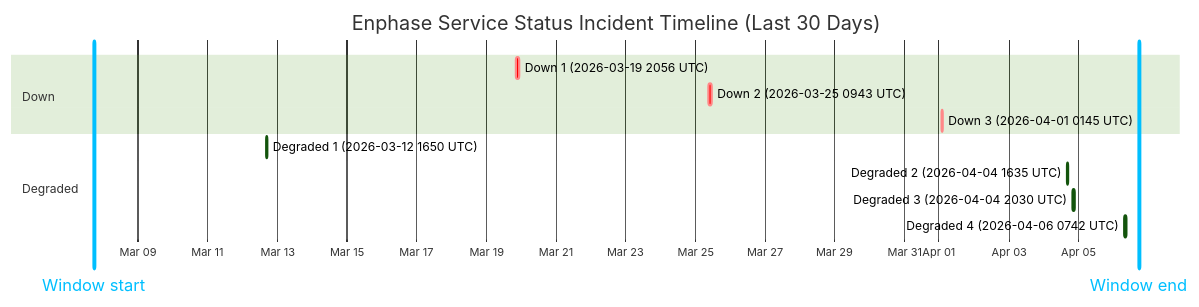
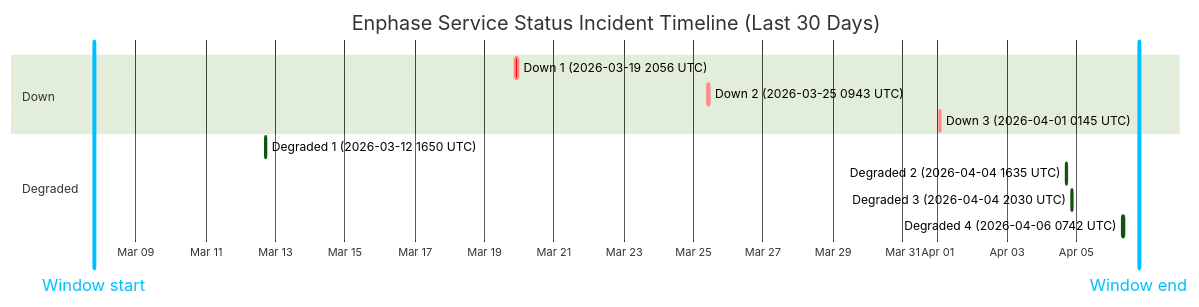
One commit to barneyonline/ha-enphase-ev-charger changed the diagram in wiki/Service-Status-History.md. Above: the diagram before and after it, drawn with Mermaid (forest theme). The commit also changed other lines of this file and 3 other files, not shown here.

````diff
--- a/wiki/Service-Status-History.md
+++ b/wiki/Service-Status-History.md
@@ -14,17 +14,17 @@
 ```mermaid
 gantt
     title Enphase Service Status Incident Timeline (Last 30 Days)
     dateFormat  YYYY-MM-DDTHH:mm:ss
     axisFormat  %b %d
-    Window start :vert, window-start, 2026-03-07T17:43:10, 0ms
-    Window end :vert, window-end, 2026-04-06T17:43:10, 0ms
+    Window start :vert, window-start, 2026-03-07T18:58:18, 0ms
+    Window end :vert, window-end, 2026-04-06T18:58:18, 0ms
     section Down
     Down 1 (2026-03-19 2056 UTC) :crit, down-1, 2026-03-19T20:56:20, 145m
     Down 2 (2026-03-25 0943 UTC) :crit, down-2, 2026-03-25T09:43:28, 111m
     Down 3 (2026-04-01 0145 UTC) :crit, down-3, 2026-04-01T01:45:09, 60m
     section Degraded
     Degraded 1 (2026-03-12 1650 UTC) :active, degraded-1, 2026-03-12T16:50:43, 60m
     Degraded 2 (2026-04-04 1635 UTC) :active, degraded-2, 2026-04-04T16:35:17, 60m
     Degraded 3 (2026-04-04 2030 UTC) :active, degraded-3, 2026-04-04T20:30:40, 60m
     Degraded 4 (2026-04-06 0742 UTC) :active, degraded-4, 2026-04-06T07:42:09, 85m
 ```
````
